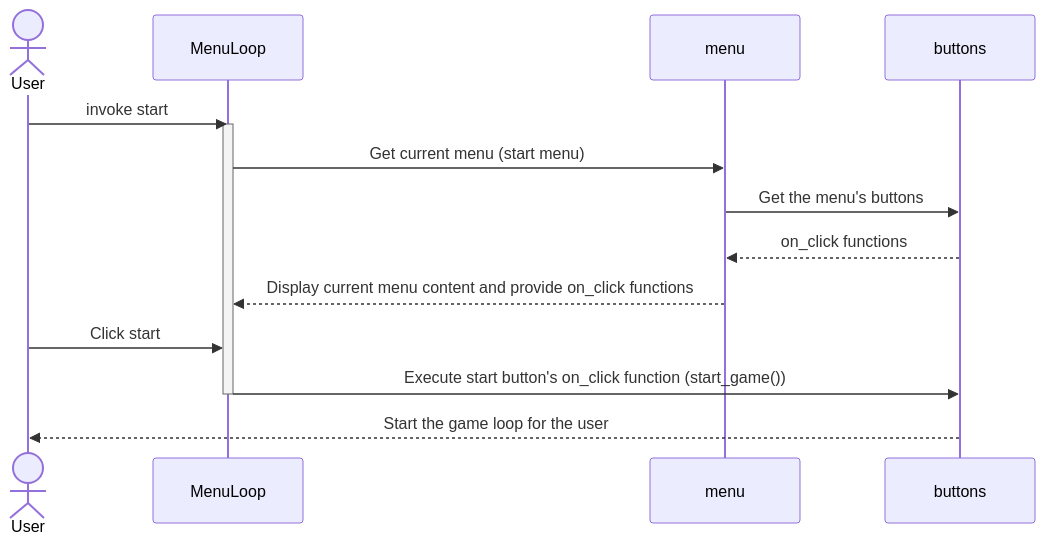
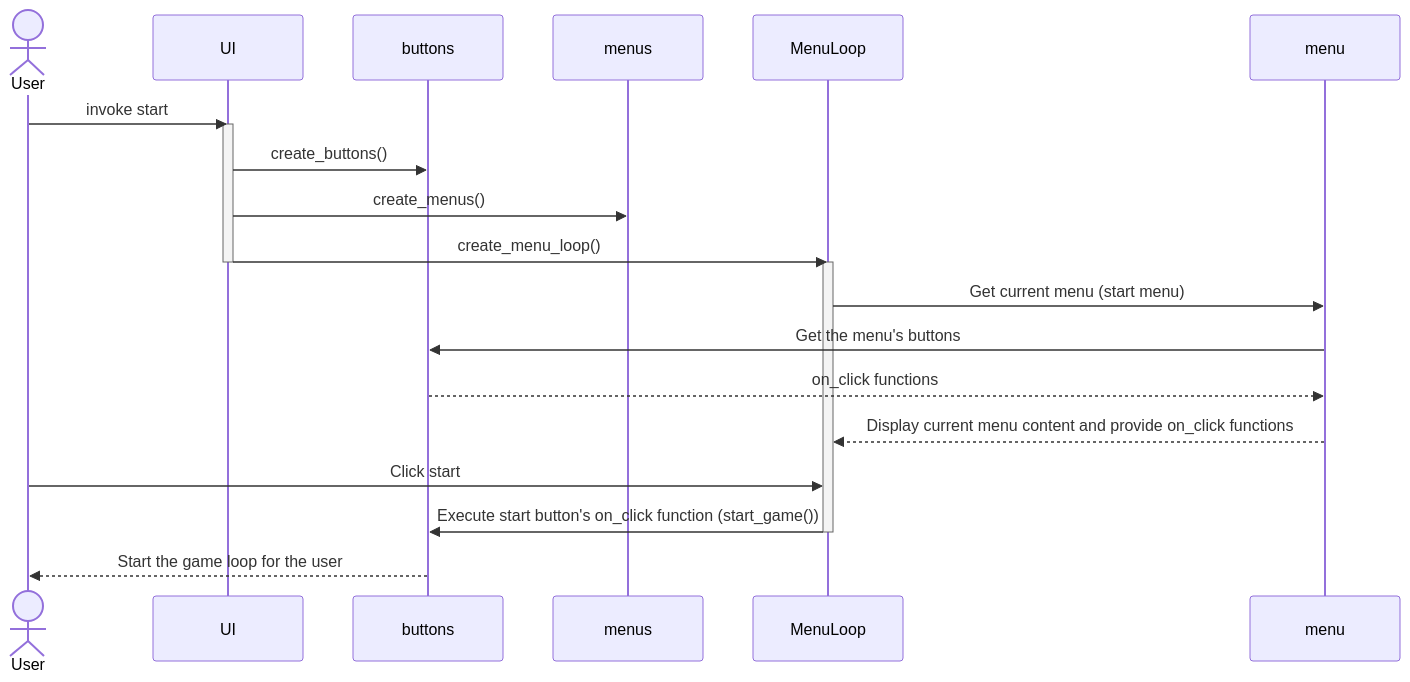
One commit to eemilhaa/ot-harjoitustyo changed the second of 2 diagrams in documentation/architecture.md. Above: the diagram before and after it, drawn with Mermaid. The commit also changed other lines of this file, not shown here.

Commit message:
update architecture

````diff
--- a/documentation/architecture.md
+++ b/documentation/architecture.md
@@ -108,16 +108,21 @@
 ```mermaid
 sequenceDiagram
   actor User
   
-  User->>MenuLoop: invoke start
+  User->>UI: invoke start
+  activate UI
+  UI->>buttons: create_buttons()
+  UI->>menus: create_menus()
+  UI->>MenuLoop: create_menu_loop()
+  deactivate UI
   activate MenuLoop
   MenuLoop->>menu: Get current menu (start menu)
   menu->>buttons: Get the menu's buttons
   buttons-->>menu: on_click functions
   menu-->>MenuLoop: Display current menu content and provide on_click functions
   
   User->>MenuLoop: Click start
   MenuLoop->>buttons: Execute start button's on_click function (start_game())
   deactivate MenuLoop
   buttons-->>User: Start the game loop for the user 
 ```
````
